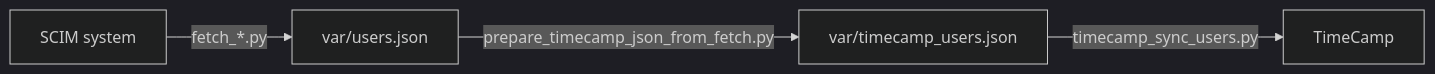
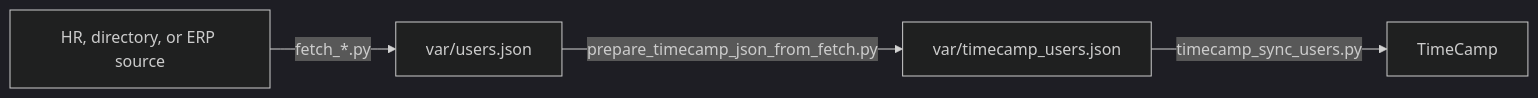
Before and after one commit to timecamp-org/good-enough-timecamp-scim-integrations: the diagram in README.md, drawn with Mermaid (dark theme). The commit also changed other lines of this file and 21 other files, not shown here.

````diff
--- a/README.md
+++ b/README.md
@@ -42,6 +44,6 @@
 ```mermaid
 flowchart LR
-    scim[SCIM system] -->|fetch_*.py| users[var/users.json]
+    source[HR, directory, or ERP source] -->|fetch_*.py| users[var/users.json]
     users -->|prepare_timecamp_json_from_fetch.py| timecamp_users[var/timecamp_users.json]
     timecamp_users -->|timecamp_sync_users.py| timecamp[TimeCamp]
 ```
````
